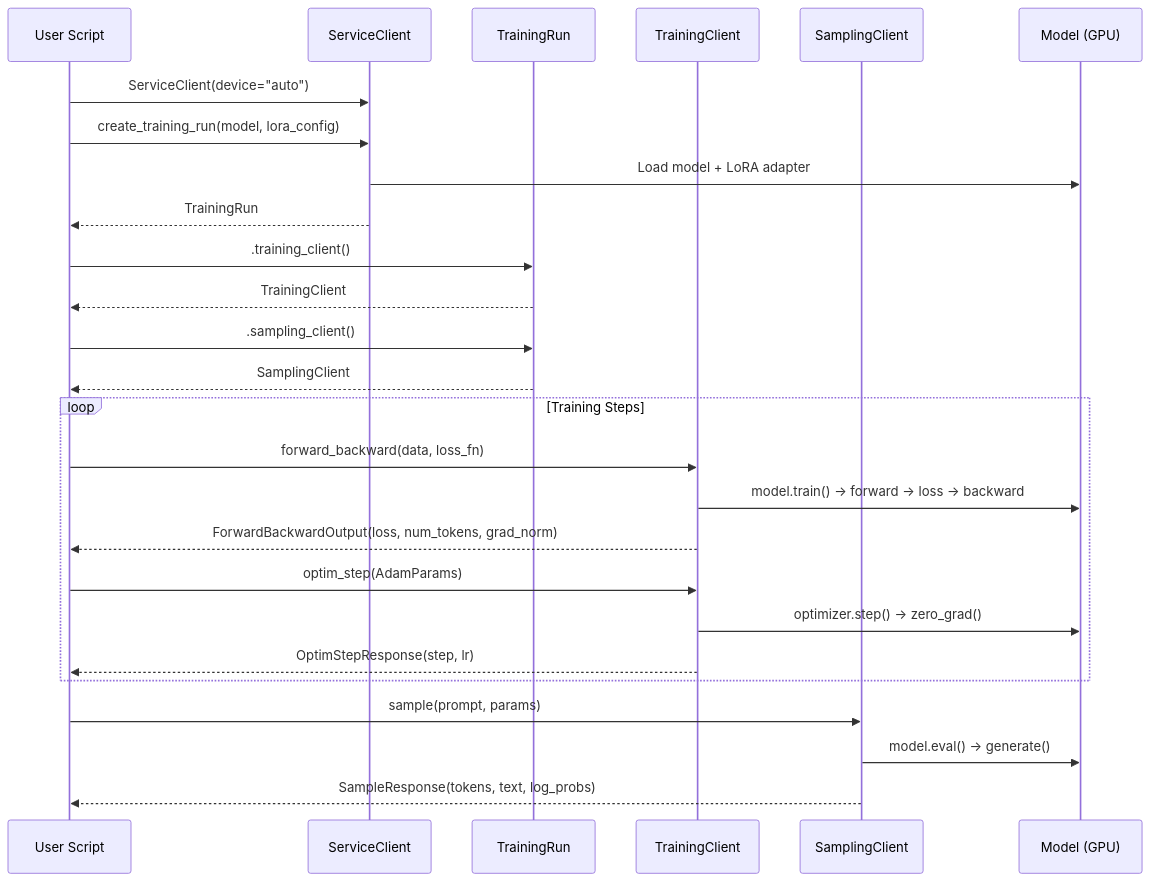
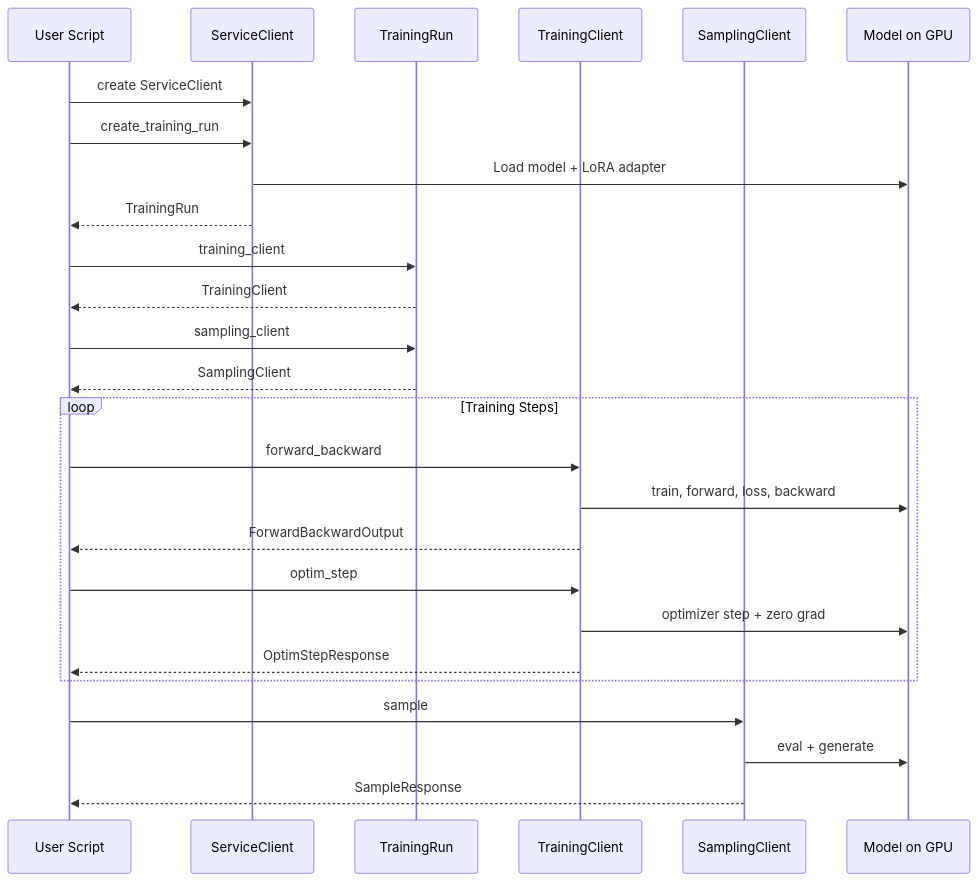
The second of 5 diagrams in README.md (josephgec/finetuning), drawn with Mermaid before and after one commit. The commit also changed other lines of this file, not shown here.

First line of the commit message:
Fix Mermaid diagram syntax errors in README

````diff
--- a/README.md
+++ b/README.md
@@ -50,33 +50,33 @@
 ```mermaid
 sequenceDiagram
     participant U as User Script
     participant SC as ServiceClient
     participant TR as TrainingRun
     participant TC as TrainingClient
     participant Sa as SamplingClient
-    participant M as Model (GPU)
+    participant M as Model on GPU
 
-    U->>SC: ServiceClient(device="auto")
-    U->>SC: create_training_run(model, lora_config)
+    U->>SC: create ServiceClient
+    U->>SC: create_training_run
     SC->>M: Load model + LoRA adapter
     SC-->>U: TrainingRun
 
-    U->>TR: .training_client()
+    U->>TR: training_client
     TR-->>U: TrainingClient
-    U->>TR: .sampling_client()
+    U->>TR: sampling_client
     TR-->>U: SamplingClient
 
     loop Training Steps
-        U->>TC: forward_backward(data, loss_fn)
-        TC->>M: model.train() → forward → loss → backward
-        TC-->>U: ForwardBackwardOutput(loss, num_tokens, grad_norm)
+        U->>TC: forward_backward
+        TC->>M: train, forward, loss, backward
+        TC-->>U: ForwardBackwardOutput
 
-        U->>TC: optim_step(AdamParams)
-        TC->>M: optimizer.step() → zero_grad()
-        TC-->>U: OptimStepResponse(step, lr)
+        U->>TC: optim_step
+        TC->>M: optimizer step + zero grad
+        TC-->>U: OptimStepResponse
     end
 
-    U->>Sa: sample(prompt, params)
-    Sa->>M: model.eval() → generate()
-    Sa-->>U: SampleResponse(tokens, text, log_probs)
+    U->>Sa: sample
+    Sa->>M: eval + generate
+    Sa-->>U: SampleResponse
 ```
````
